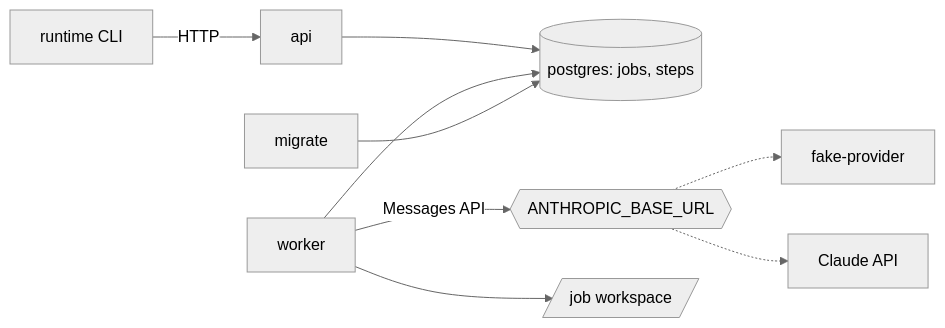
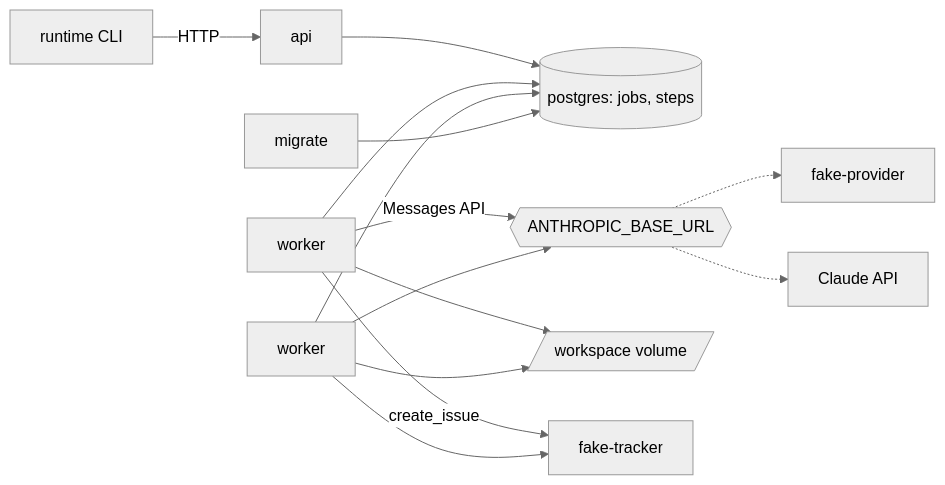
Before and after one commit to sindredg/agent-runtime: the first of 3 diagrams in docs/architecture.md, drawn with Mermaid (neutral theme). The commit also changed other lines of this file and 75 other files, not shown here.

````diff
--- a/docs/architecture.md
+++ b/docs/architecture.md
@@ -8,11 +9,16 @@
 ```mermaid
 flowchart LR
     CLI[runtime CLI] -->|HTTP| API[api]
     API --> DB[(postgres: jobs, steps)]
-    W[worker] --> DB
-    W -->|Messages API| P{{ANTHROPIC_BASE_URL}}
+    W1[worker] --> DB
+    W2[worker] --> DB
+    W1 -->|Messages API| P{{ANTHROPIC_BASE_URL}}
+    W2 --> P
     P -.-> FP[fake-provider]
     P -.-> CL[Claude API]
-    W --> WS[/job workspace/]
+    W1 --> WS[/workspace volume/]
+    W2 --> WS
+    W1 -->|create_issue| T[fake-tracker]
+    W2 --> T
     M[migrate] --> DB
 ```
````
